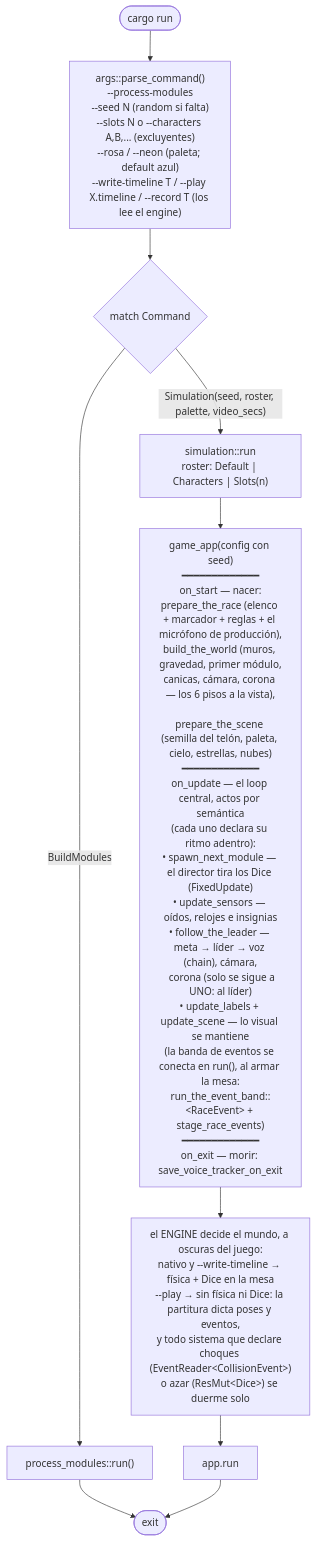
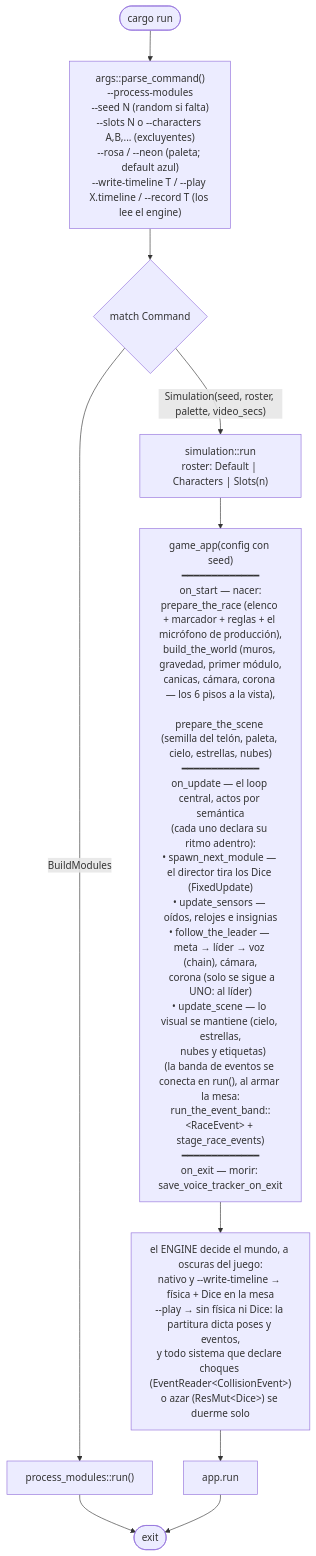
The first of 5 diagrams in docs/flow.md (jesusgomeznuz/canicasbrawl-rapier), drawn with Mermaid before and after one commit. The commit also changed 4 other files, not shown here.

First line of the commit message:
refactor: update_labels se disuelve en update_scene — on_update en 4 actos

````diff
--- a/docs/flow.md
+++ b/docs/flow.md
@@ -7,15 +7,15 @@
 ```mermaid
 flowchart TD
     Start([cargo run]) --> Parse["args::parse_command()<br/>--process-modules<br/>--seed N (random si falta)<br/>--slots N o --characters A,B,... (excluyentes)<br/>--rosa / --neon (paleta; default azul)<br/>--write-timeline T / --play X.timeline / --record T (los lee el engine)"]
     Parse --> Match{match Command}
     Match -- BuildModules --> Editor["process_modules::run()"]
     Match -- "Simulation(seed, roster, palette, video_secs)" --> Run["simulation::run<br/>roster: Default | Characters | Slots(n)"]
 
-    Run --> Fases["game_app(config con seed)<br/>━━━━━━━━━━━━━<br/>on_start — nacer:<br/>prepare_the_race (elenco + marcador + reglas + el micrófono de producción),<br/>build_the_world (muros, gravedad, primer módulo,<br/>canicas, cámara, corona — los 6 pisos a la vista),<br/><br/>prepare_the_scene (semilla del telón, paleta, cielo, estrellas, nubes)<br/>━━━━━━━━━━━━━<br/>on_update — el loop central, actos por semántica<br/>(cada uno declara su ritmo adentro):<br/>• spawn_next_module — el director tira los Dice (FixedUpdate)<br/>• update_sensors — oídos, relojes e insignias<br/>• follow_the_leader — meta → líder → voz (chain), cámara,<br/>&nbsp;&nbsp;corona (solo se sigue a UNO: al líder)<br/>• update_labels + update_scene — lo visual se mantiene<br/>(la banda de eventos se conecta en run(), al armar la mesa:<br/>run_the_event_band::&lt;RaceEvent&gt; + stage_race_events)<br/>━━━━━━━━━━━━━<br/>on_exit — morir: save_voice_tracker_on_exit"]
+    Run --> Fases["game_app(config con seed)<br/>━━━━━━━━━━━━━<br/>on_start — nacer:<br/>prepare_the_race (elenco + marcador + reglas + el micrófono de producción),<br/>build_the_world (muros, gravedad, primer módulo,<br/>canicas, cámara, corona — los 6 pisos a la vista),<br/><br/>prepare_the_scene (semilla del telón, paleta, cielo, estrellas, nubes)<br/>━━━━━━━━━━━━━<br/>on_update — el loop central, actos por semántica<br/>(cada uno declara su ritmo adentro):<br/>• spawn_next_module — el director tira los Dice (FixedUpdate)<br/>• update_sensors — oídos, relojes e insignias<br/>• follow_the_leader — meta → líder → voz (chain), cámara,<br/>&nbsp;&nbsp;corona (solo se sigue a UNO: al líder)<br/>• update_scene — lo visual se mantiene (cielo, estrellas,<br/>&nbsp;&nbsp;nubes y etiquetas)<br/>(la banda de eventos se conecta en run(), al armar la mesa:<br/>run_the_event_band::&lt;RaceEvent&gt; + stage_race_events)<br/>━━━━━━━━━━━━━<br/>on_exit — morir: save_voice_tracker_on_exit"]
 
     Fases --> Dark["el ENGINE decide el mundo, a oscuras del juego:<br/>nativo y --write-timeline → física + Dice en la mesa<br/>--play → sin física ni Dice: la partitura dicta poses y eventos,<br/>y todo sistema que declare choques (EventReader&lt;CollisionEvent&gt;)<br/>o azar (ResMut&lt;Dice&gt;) se duerme solo"]
 
     Editor --> End([exit])
     Dark --> Loop["app.run"]
     Loop --> End
 ```
````
